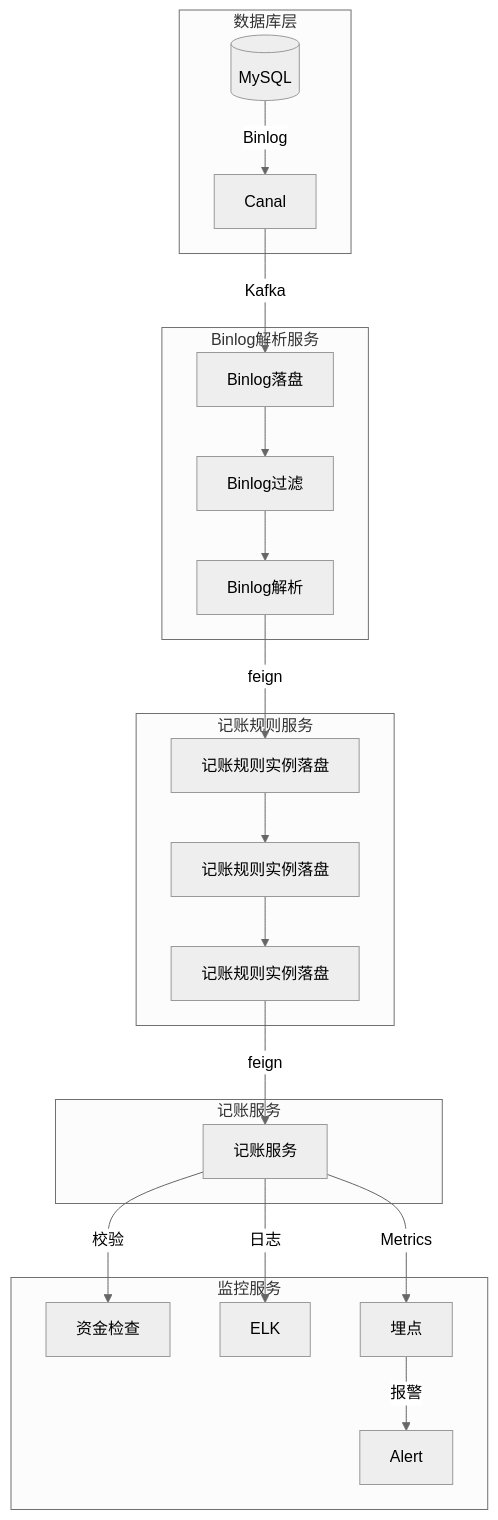
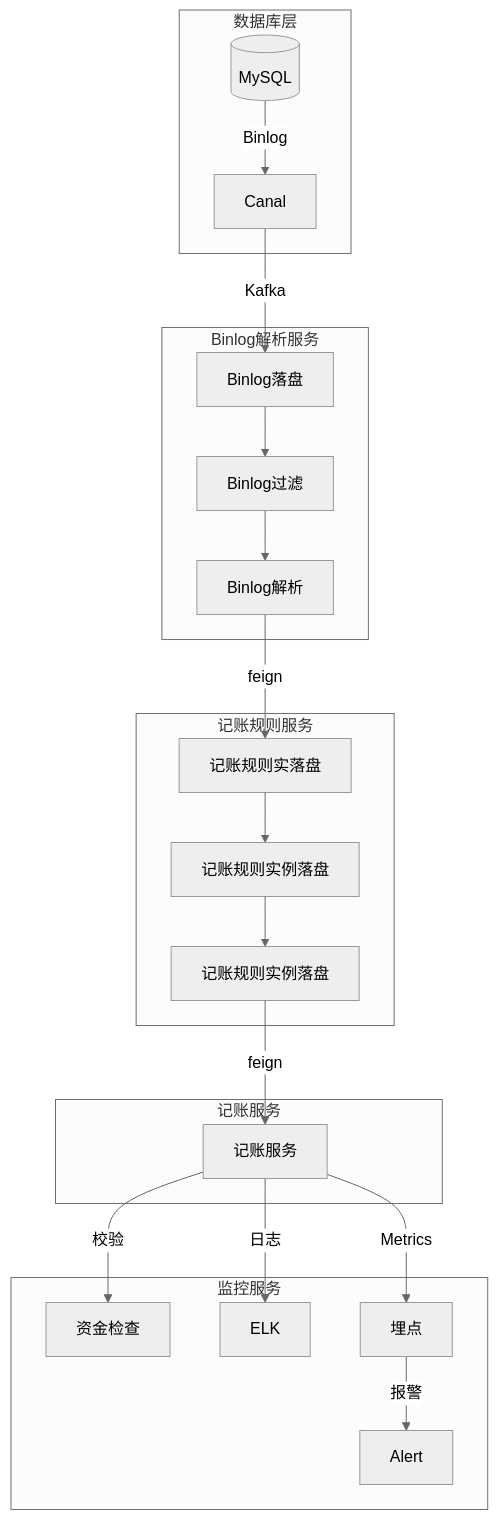
One commit to 87828943/iodraw-files changed the diagram in all/记账架构图.md. Above: the diagram before and after it, drawn with Mermaid (neutral theme).

Commit message:
2025-07-07 14:45:59 update

````diff
--- a/all/记账架构图.md
+++ b/all/记账架构图.md
@@ -1,25 +1,25 @@
 ```mermaid
 graph TB
     subgraph 数据库层
         DB[(MySQL)] -->|Binlog| Canal
     end
     subgraph Binlog解析服务
         Canal -->|Kafka| Binlog[Binlog落盘]
         Binlog --> Binlog1[Binlog过滤]
         Binlog1 --> Binlog2[Binlog解析]
     end
     subgraph 记账规则服务
-        Binlog2 -->|feign| AccountingRule[记账规则实例落盘]
+        Binlog2 -->|feign| AccountingRule[记账规则实落盘]
         AccountingRule --> AccountingRule1[记账规则实例落盘]
         AccountingRule1 --> AccountingRule2[记账规则实例落盘] 
     end
     subgraph 记账服务
        AccountingRule2 -->|feign| Accounting[记账服务]
     end
     subgraph 监控服务
         Accounting --> |校验| 资金检查
         Accounting -->|日志| ELK
         Accounting -->|Metrics| 埋点
         埋点 -->|报警| Alert
     end
 ```
````
